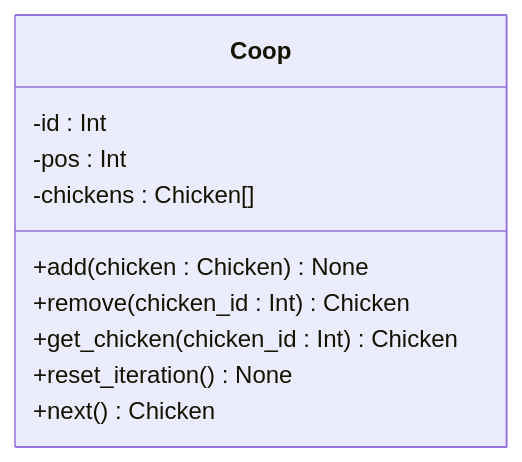
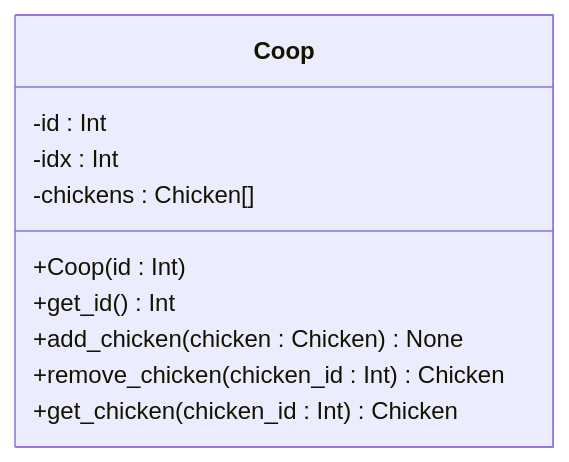
One commit to aehng/Lecture-Notes changed the third of 17 diagrams in Module3/UML.md. Above: the diagram before and after it, drawn with Mermaid. The commit also changed other lines of this file and 3 other files, not shown here.

Commit message:
Fix mistakes in UML diagrams. Let the bug hunt begin!

````diff
--- a/Module3/UML.md
+++ b/Module3/UML.md
@@ -135,14 +199,13 @@
 ```mermaid
 classDiagram
-direction LR
 class Coop {
     -id : Int
-    -pos : Int
+    -idx : Int
     -chickens : Chicken[]
-    +add(chicken : Chicken) None
-    +remove(chicken_id : Int) Chicken
+    +Coop(id : Int)
+    +get_id() Int
+    +add_chicken(chicken : Chicken) None
+    +remove_chicken(chicken_id : Int) Chicken
     +get_chicken(chicken_id : Int) Chicken
-    +reset_iteration() None
-    +next() Chicken
 }
 ```
````
